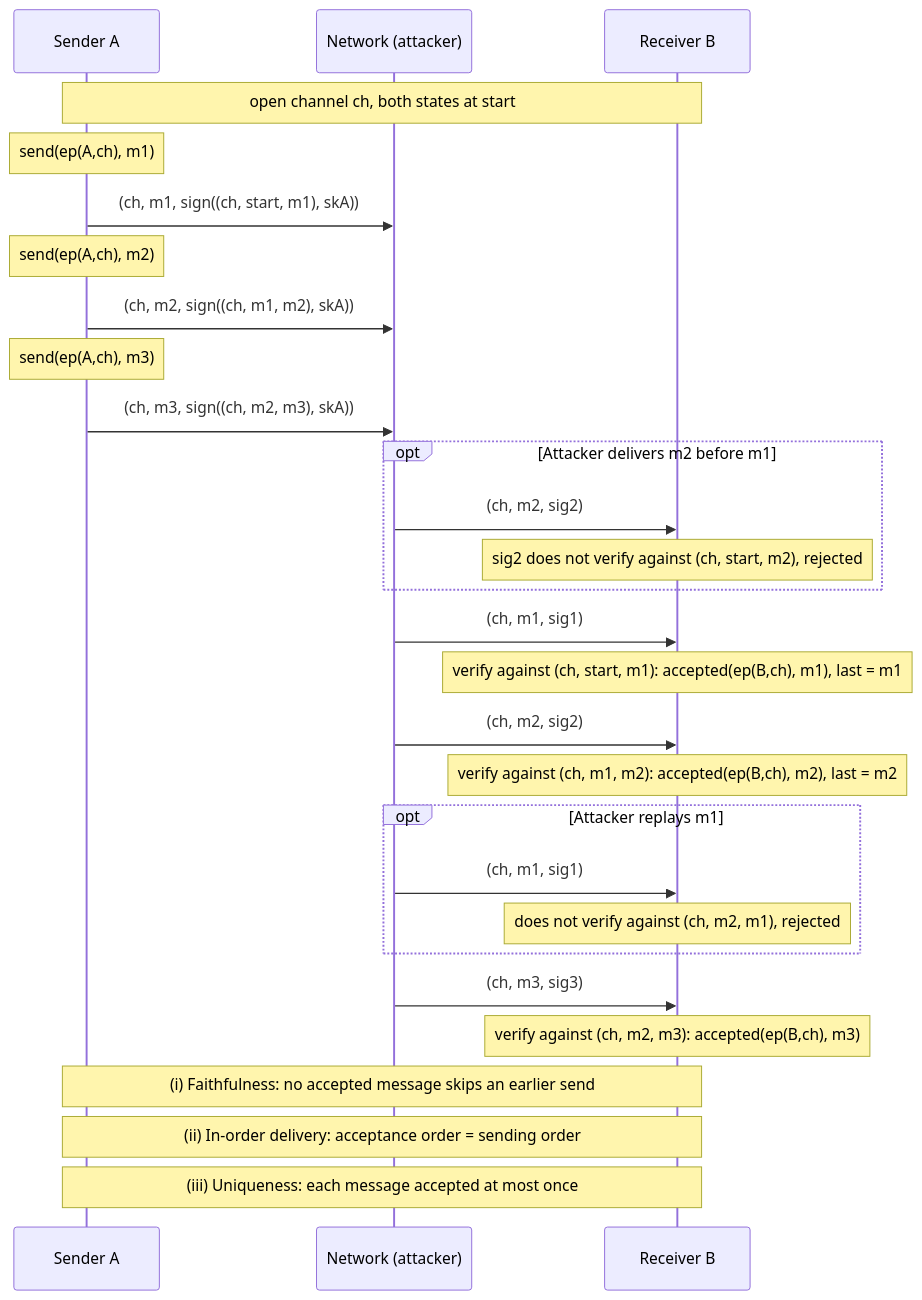
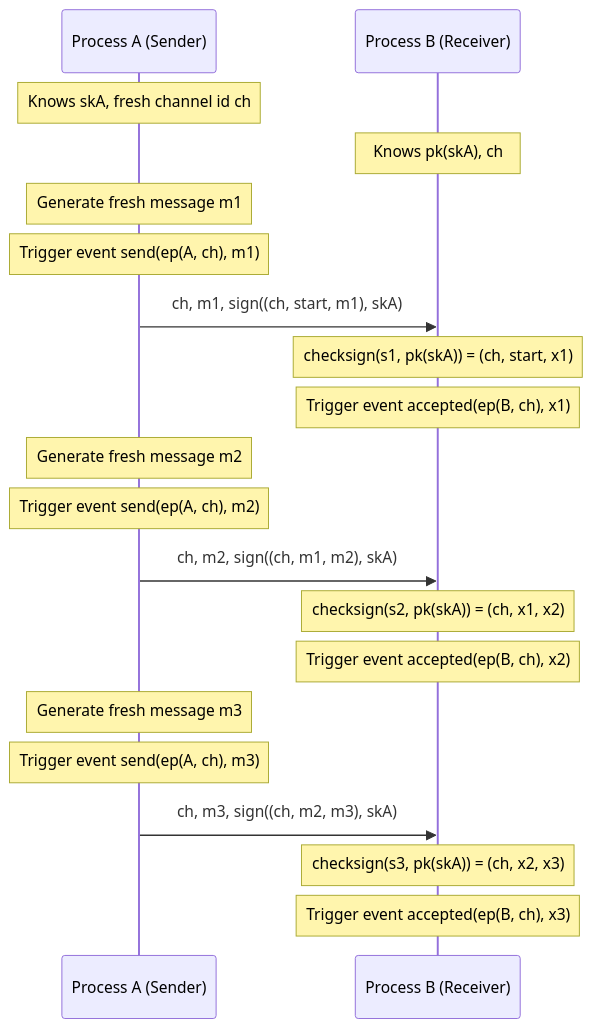
The diagram in SecurityProperties/Integrity/Non-equivocation/Non-Equivocation_lower_bound.md (leonardtudorache/An-Executable-Taxonomy-of-Security-Properties-for-ProVerif-and-Tamarin), drawn with Mermaid before and after one commit. The commit also changed 13 other files, not shown here.

Commit message:
Update visualizations and check diagrams

````diff
--- a/SecurityProperties/Integrity/Non-equivocation/Non-Equivocation_lower_bound.md
+++ b/SecurityProperties/Integrity/Non-equivocation/Non-Equivocation_lower_bound.md
@@ -3,37 +3,29 @@
 ```mermaid
 sequenceDiagram
-    participant A as Sender A
-    participant Net as Network (attacker)
-    participant B as Receiver B
+    participant A as Process A (Sender)
+    participant B as Process B (Receiver)
 
-    Note over A, B: open channel ch, both states at start
+    Note over A: Knows skA, fresh channel id ch
+    Note over B: Knows pk(skA), ch
 
-    Note over A: send(ep(A,ch), m1)
-    A->>Net: (ch, m1, sign((ch, start, m1), skA))
-    Note over A: send(ep(A,ch), m2)
-    A->>Net: (ch, m2, sign((ch, m1, m2), skA))
-    Note over A: send(ep(A,ch), m3)
-    A->>Net: (ch, m3, sign((ch, m2, m3), skA))
+    Note over A: Generate fresh message m1
+    Note over A: Trigger event send(ep(A, ch), m1)
+    A->>B: ch, m1, sign((ch, start, m1), skA)
 
-    opt Attacker delivers m2 before m1
-        Net->>B: (ch, m2, sig2)
-        Note over B: sig2 does not verify against (ch, start, m2), rejected
-    end
+    Note over B: checksign(s1, pk(skA)) = (ch, start, x1)
+    Note over B: Trigger event accepted(ep(B, ch), x1)
 
-    Net->>B: (ch, m1, sig1)
-    Note over B: verify against (ch, start, m1): accepted(ep(B,ch), m1), last = m1
-    Net->>B: (ch, m2, sig2)
-    Note over B: verify against (ch, m1, m2): accepted(ep(B,ch), m2), last = m2
+    Note over A: Generate fresh message m2
+    Note over A: Trigger event send(ep(A, ch), m2)
+    A->>B: ch, m2, sign((ch, m1, m2), skA)
 
-    opt Attacker replays m1
-        Net->>B: (ch, m1, sig1)
-        Note over B: does not verify against (ch, m2, m1), rejected
-    end
+    Note over B: checksign(s2, pk(skA)) = (ch, x1, x2)
+    Note over B: Trigger event accepted(ep(B, ch), x2)
 
-    Net->>B: (ch, m3, sig3)
-    Note over B: verify against (ch, m2, m3): accepted(ep(B,ch), m3)
+    Note over A: Generate fresh message m3
+    Note over A: Trigger event send(ep(A, ch), m3)
+    A->>B: ch, m3, sign((ch, m2, m3), skA)
 
-    Note over A, B: (i) Faithfulness: no accepted message skips an earlier send
-    Note over A, B: (ii) In-order delivery: acceptance order = sending order
-    Note over A, B: (iii) Uniqueness: each message accepted at most once
+    Note over B: checksign(s3, pk(skA)) = (ch, x2, x3)
+    Note over B: Trigger event accepted(ep(B, ch), x3)
 ```
````
